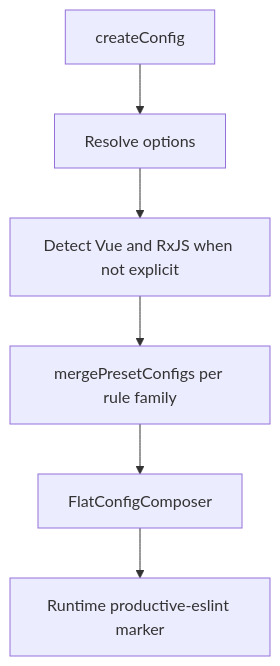
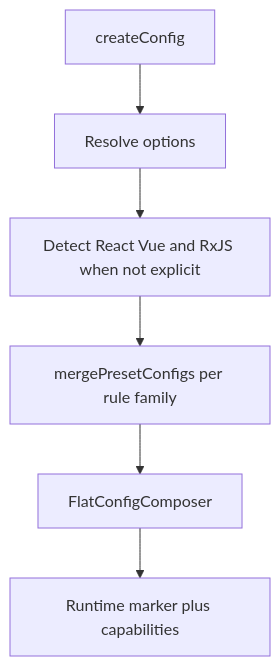
Before and after one commit to BMFreed/productive-eslint: the second of 3 diagrams in docs/configuration.md, drawn with Mermaid. The commit also changed other lines of this file and 61 other files, not shown here.

````diff
--- a/docs/configuration.md
+++ b/docs/configuration.md
@@ -36,8 +36,8 @@
 ```mermaid
 flowchart TD
   factory[createConfig] --> options[Resolve options]
-  options --> autoDetect[Detect Vue and RxJS when not explicit]
+  options --> autoDetect[Detect React Vue and RxJS when not explicit]
   autoDetect --> presetMerge[mergePresetConfigs per rule family]
   presetMerge --> composer[FlatConfigComposer]
-  composer --> marker[Runtime productive-eslint marker]
+  composer --> marker[Runtime marker plus capabilities]
 ```
````
